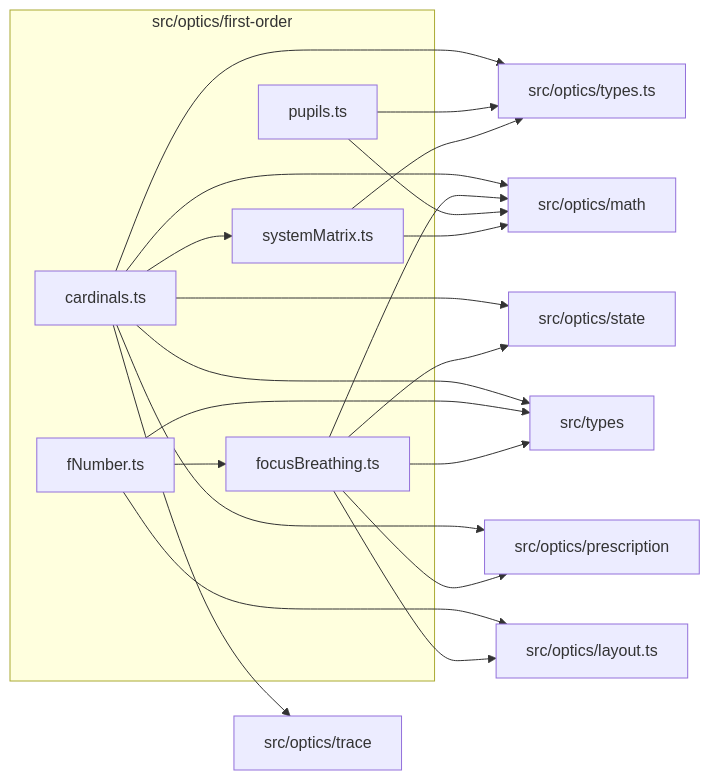
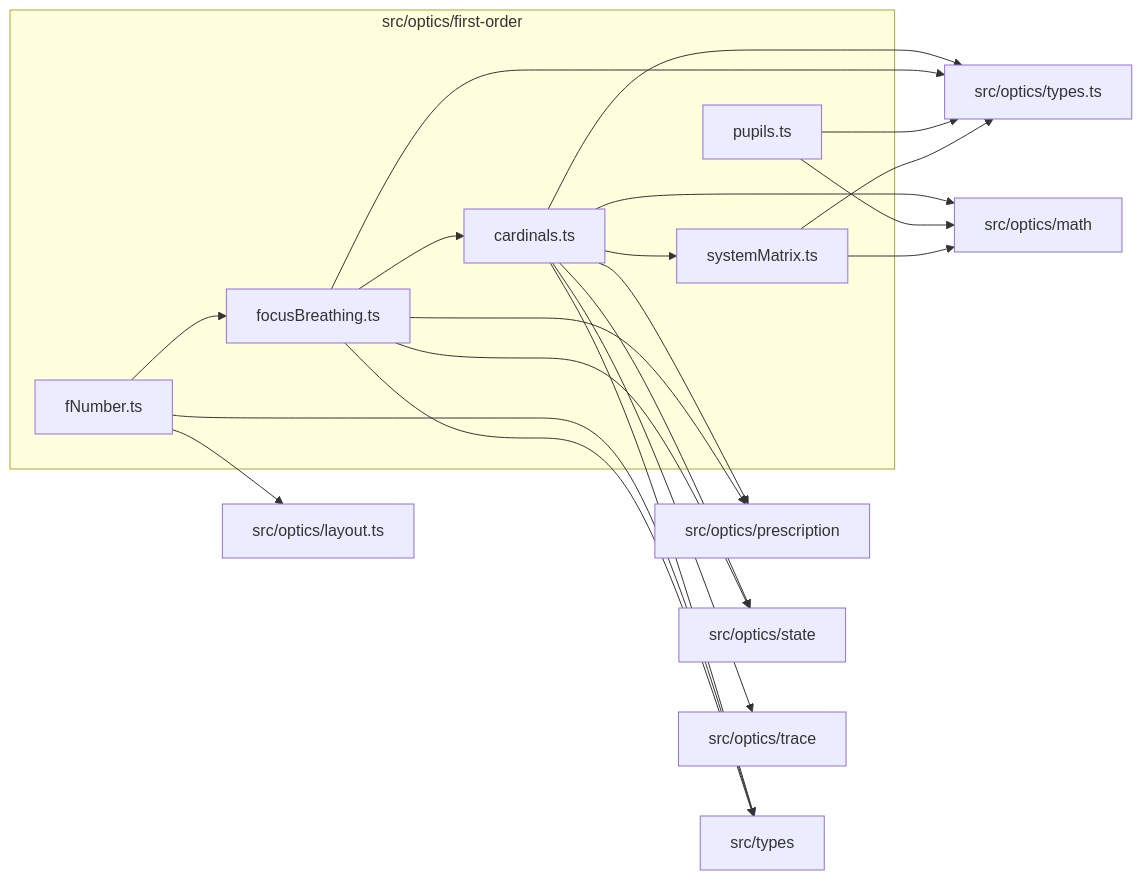
Before and after one commit to ronbuening/LensVisualizer: the diagram in src/optics/first-order/readme.md, drawn with Mermaid. The commit also changed other lines of this file and 19 other files, not shown here.

Commit message:
fix(optics): unify calculated focal length and breathing

````diff
--- a/src/optics/first-order/readme.md
+++ b/src/optics/first-order/readme.md
@@ -9,36 +9,36 @@
 ```mermaid
 flowchart LR
   subgraph n_src_optics_first_order["src/optics/first-order"]
     n_src_optics_first_order_src_optics_first_order_cardinals_ts["cardinals.ts"]
     n_src_optics_first_order_src_optics_first_order_fNumber_ts["fNumber.ts"]
     n_src_optics_first_order_src_optics_first_order_focusBreathing_ts["focusBreathing.ts"]
     n_src_optics_first_order_src_optics_first_order_pupils_ts["pupils.ts"]
     n_src_optics_first_order_src_optics_first_order_systemMatrix_ts["systemMatrix.ts"]
   end
   n_external_src_optics_layout_ts["src/optics/layout.ts"]
   n_external_src_optics_math["src/optics/math"]
   n_external_src_optics_prescription["src/optics/prescription"]
   n_external_src_optics_state["src/optics/state"]
   n_external_src_optics_trace["src/optics/trace"]
   n_external_src_optics_types_ts["src/optics/types.ts"]
   n_external_src_types["src/types"]
   n_src_optics_first_order_src_optics_first_order_fNumber_ts --> n_external_src_optics_layout_ts
-  n_src_optics_first_order_src_optics_first_order_focusBreathing_ts --> n_external_src_optics_layout_ts
   n_src_optics_first_order_src_optics_first_order_cardinals_ts --> n_external_src_optics_math
-  n_src_optics_first_order_src_optics_first_order_focusBreathing_ts --> n_external_src_optics_math
   n_src_optics_first_order_src_optics_first_order_pupils_ts --> n_external_src_optics_math
   n_src_optics_first_order_src_optics_first_order_systemMatrix_ts --> n_external_src_optics_math
   n_src_optics_first_order_src_optics_first_order_cardinals_ts --> n_external_src_optics_prescription
   n_src_optics_first_order_src_optics_first_order_focusBreathing_ts --> n_external_src_optics_prescription
   n_src_optics_first_order_src_optics_first_order_cardinals_ts --> n_external_src_optics_state
   n_src_optics_first_order_src_optics_first_order_focusBreathing_ts --> n_external_src_optics_state
   n_src_optics_first_order_src_optics_first_order_cardinals_ts --> n_external_src_optics_trace
   n_src_optics_first_order_src_optics_first_order_cardinals_ts --> n_external_src_optics_types_ts
+  n_src_optics_first_order_src_optics_first_order_focusBreathing_ts --> n_external_src_optics_types_ts
   n_src_optics_first_order_src_optics_first_order_pupils_ts --> n_external_src_optics_types_ts
   n_src_optics_first_order_src_optics_first_order_systemMatrix_ts --> n_external_src_optics_types_ts
   n_src_optics_first_order_src_optics_first_order_cardinals_ts --> n_external_src_types
   n_src_optics_first_order_src_optics_first_order_fNumber_ts --> n_external_src_types
   n_src_optics_first_order_src_optics_first_order_focusBreathing_ts --> n_external_src_types
+  n_src_optics_first_order_src_optics_first_order_focusBreathing_ts --> n_src_optics_first_order_src_optics_first_order_cardinals_ts
   n_src_optics_first_order_src_optics_first_order_fNumber_ts --> n_src_optics_first_order_src_optics_first_order_focusBreathing_ts
   n_src_optics_first_order_src_optics_first_order_cardinals_ts --> n_src_optics_first_order_src_optics_first_order_systemMatrix_ts
 ```
````
